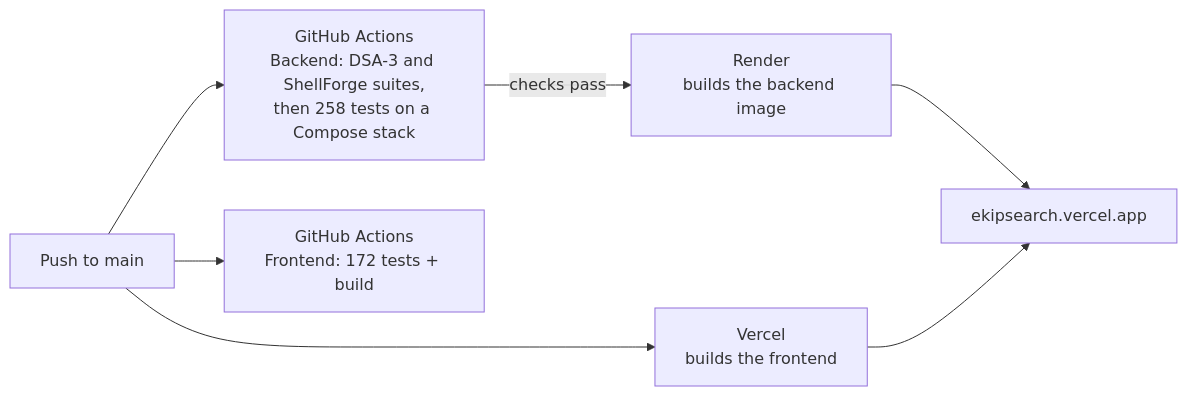
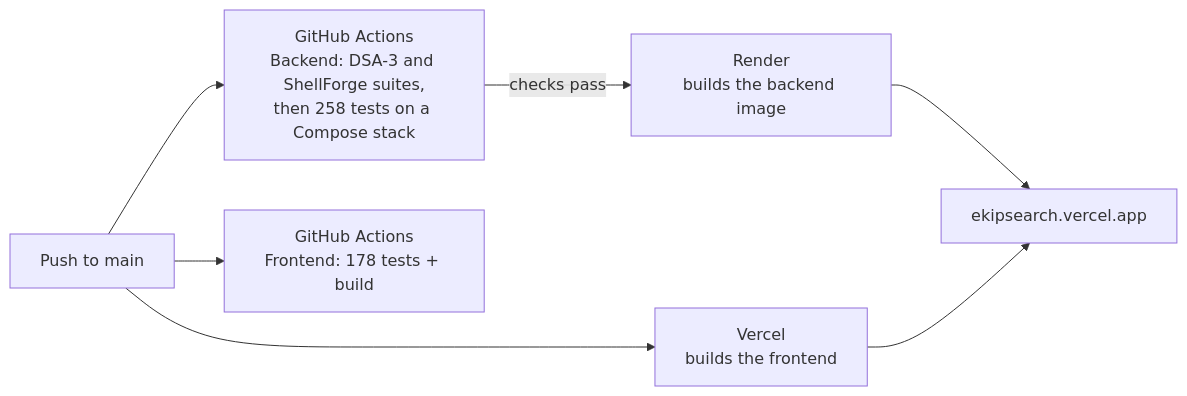
Before and after one commit to SathyaMaragani/Enterprise-Knowledge-Intelligence-Platform: the seventh of 7 diagrams in docs/PROJECT_OVERVIEW.md, drawn with Mermaid. The commit also changed other lines of this file and 7 other files, not shown here.

````diff
--- a/docs/PROJECT_OVERVIEW.md
+++ b/docs/PROJECT_OVERVIEW.md
@@ -358,9 +358,9 @@
 ```mermaid
 flowchart LR
     GH[Push to main] --> CI1[GitHub Actions<br/>Backend: DSA-3 and ShellForge suites,<br/>then 258 tests on a Compose stack]
-    GH --> CI2[GitHub Actions<br/>Frontend: 172 tests + build]
+    GH --> CI2[GitHub Actions<br/>Frontend: 178 tests + build]
     CI1 -->|checks pass| RD[Render<br/>builds the backend image]
     GH --> VC[Vercel<br/>builds the frontend]
     RD --> LIVE[ekipsearch.vercel.app]
     VC --> LIVE
 ```
````
